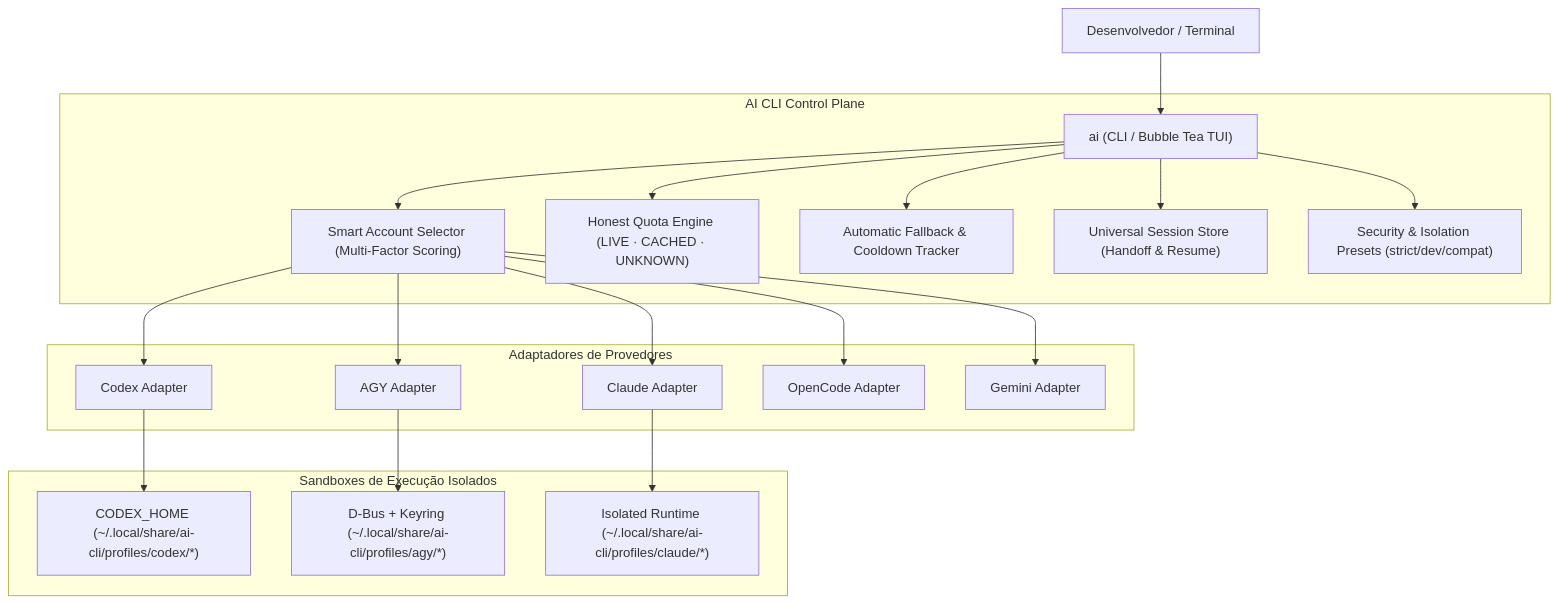
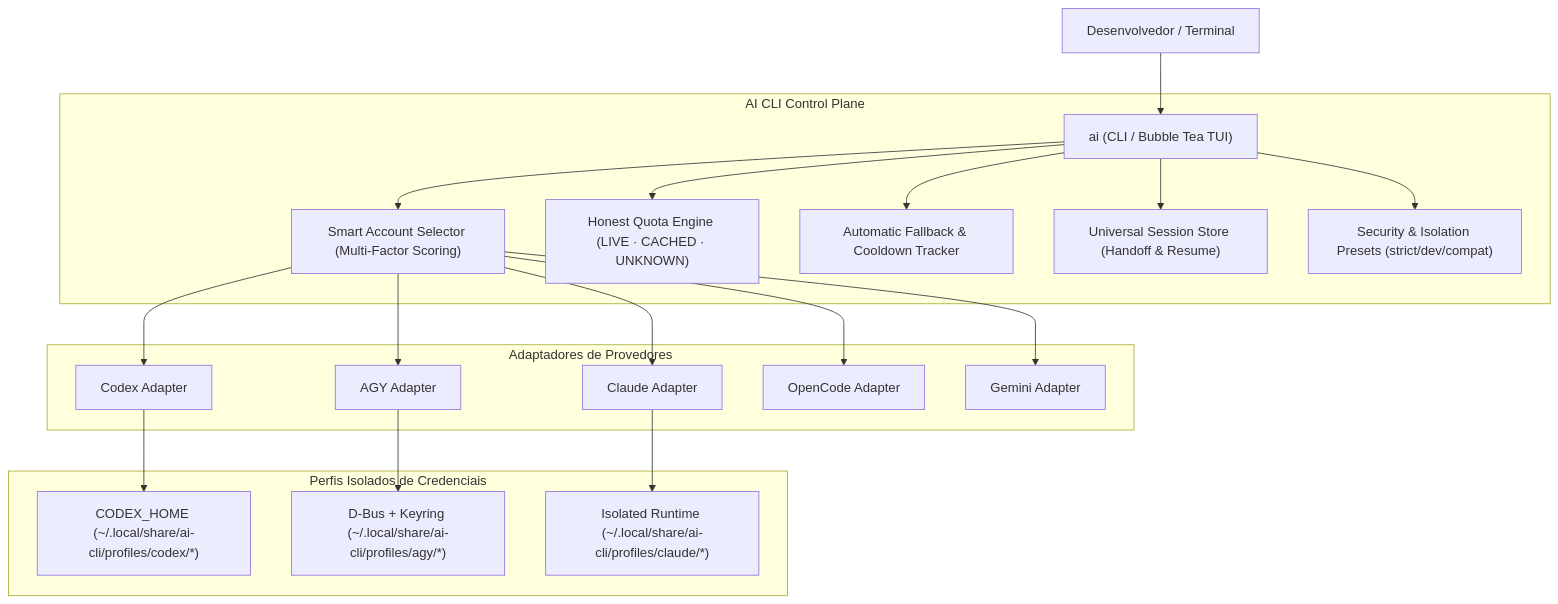
One commit to kivervinicius/ai-cli changed the diagram in README.md. Above: the diagram before and after it, drawn with Mermaid. The commit also changed other lines of this file and 79 other files, not shown here.

````diff
--- a/README.md
+++ b/README.md
@@ -347,26 +347,26 @@
 ```mermaid
 graph TD
     User["Desenvolvedor / Terminal"] --> Entrypoint["ai (CLI / Bubble Tea TUI)"]
     
     subgraph Control_Plane["AI CLI Control Plane"]
         Entrypoint --> Scheduler["Smart Account Selector (Multi-Factor Scoring)"]
         Entrypoint --> QuotaEngine["Honest Quota Engine (LIVE · CACHED · UNKNOWN)"]
         Entrypoint --> FallbackExec["Automatic Fallback & Cooldown Tracker"]
         Entrypoint --> SessionIndex["Universal Session Store (Handoff & Resume)"]
         Entrypoint --> SecurityLayer["Security & Isolation Presets (strict/dev/compat)"]
     end
     
     subgraph Provider_Adapters["Adaptadores de Provedores"]
         Scheduler --> CodexAd["Codex Adapter"]
         Scheduler --> AgyAd["AGY Adapter"]
         Scheduler --> ClaudeAd["Claude Adapter"]
         Scheduler --> OpenCodeAd["OpenCode Adapter"]
         Scheduler --> GeminiAd["Gemini Adapter"]
     end
     
-    subgraph Sandboxes["Sandboxes de Execução Isolados"]
+    subgraph Sandboxes["Perfis Isolados de Credenciais"]
         CodexAd --> CodexHome["CODEX_HOME (~/.local/share/ai-cli/profiles/codex/*)"]
         AgyAd --> AgyHome["D-Bus + Keyring (~/.local/share/ai-cli/profiles/agy/*)"]
         ClaudeAd --> ClaudeHome["Isolated Runtime (~/.local/share/ai-cli/profiles/claude/*)"]
     end
 ```
````
